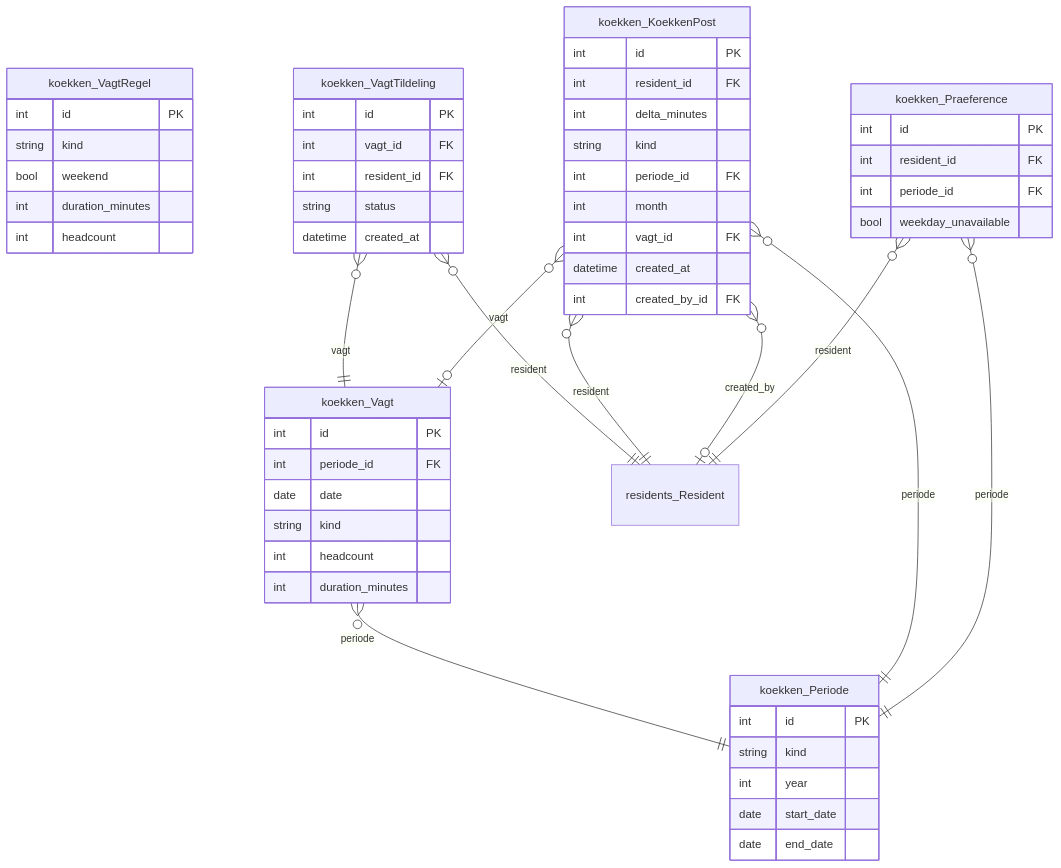
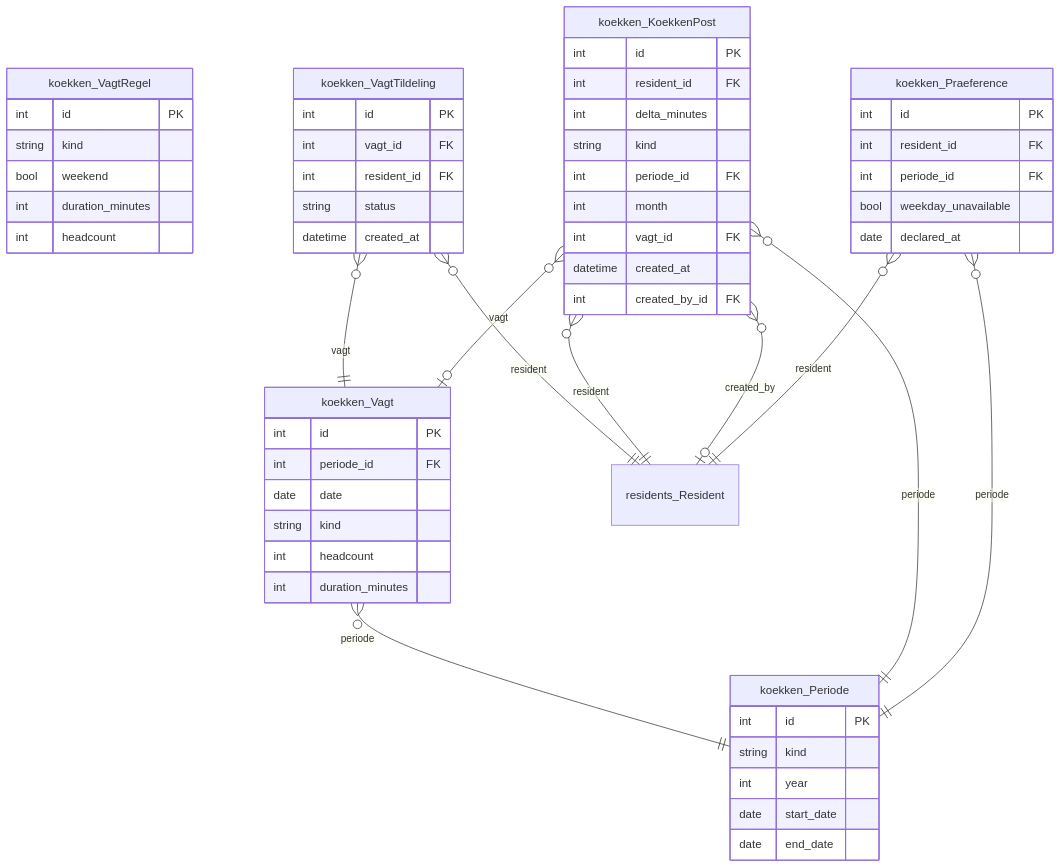
The ninth of 16 diagrams in docs/erd.md (GAHK-org/gahk_intern), drawn with Mermaid before and after one commit. The commit also changed other lines of this file and 10 other files, not shown here.

````diff
--- a/docs/erd.md
+++ b/docs/erd.md
@@ -1096,66 +1097,67 @@
 ```mermaid
 erDiagram
     koekken_VagtRegel {
         int id PK
         string kind
         bool weekend
         int duration_minutes
         int headcount
     }
 
     koekken_Periode {
         int id PK
         string kind
         int year
         date start_date
         date end_date
     }
 
     koekken_Vagt {
         int id PK
         int periode_id FK
         date date
         string kind
         int headcount
         int duration_minutes
     }
 
     koekken_VagtTildeling {
         int id PK
         int vagt_id FK
         int resident_id FK
         string status
         datetime created_at
     }
 
     koekken_KoekkenPost {
         int id PK
         int resident_id FK
         int delta_minutes
         string kind
         int periode_id FK
         int month
         int vagt_id FK
         datetime created_at
         int created_by_id FK
     }
 
     koekken_Praeference {
         int id PK
         int resident_id FK
         int periode_id FK
         bool weekday_unavailable
+        date declared_at
     }
 
     residents_Resident { }
 
     koekken_Vagt }o--|| koekken_Periode : "periode"
     koekken_VagtTildeling }o--|| koekken_Vagt : "vagt"
     koekken_VagtTildeling }o--|| residents_Resident : "resident"
     koekken_KoekkenPost }o--|| residents_Resident : "resident"
     koekken_KoekkenPost }o--|| koekken_Periode : "periode"
     koekken_KoekkenPost }o--|o koekken_Vagt : "vagt"
     koekken_KoekkenPost }o--|o residents_Resident : "created_by"
     koekken_Praeference }o--|| residents_Resident : "resident"
     koekken_Praeference }o--|| koekken_Periode : "periode"
 ```
````
